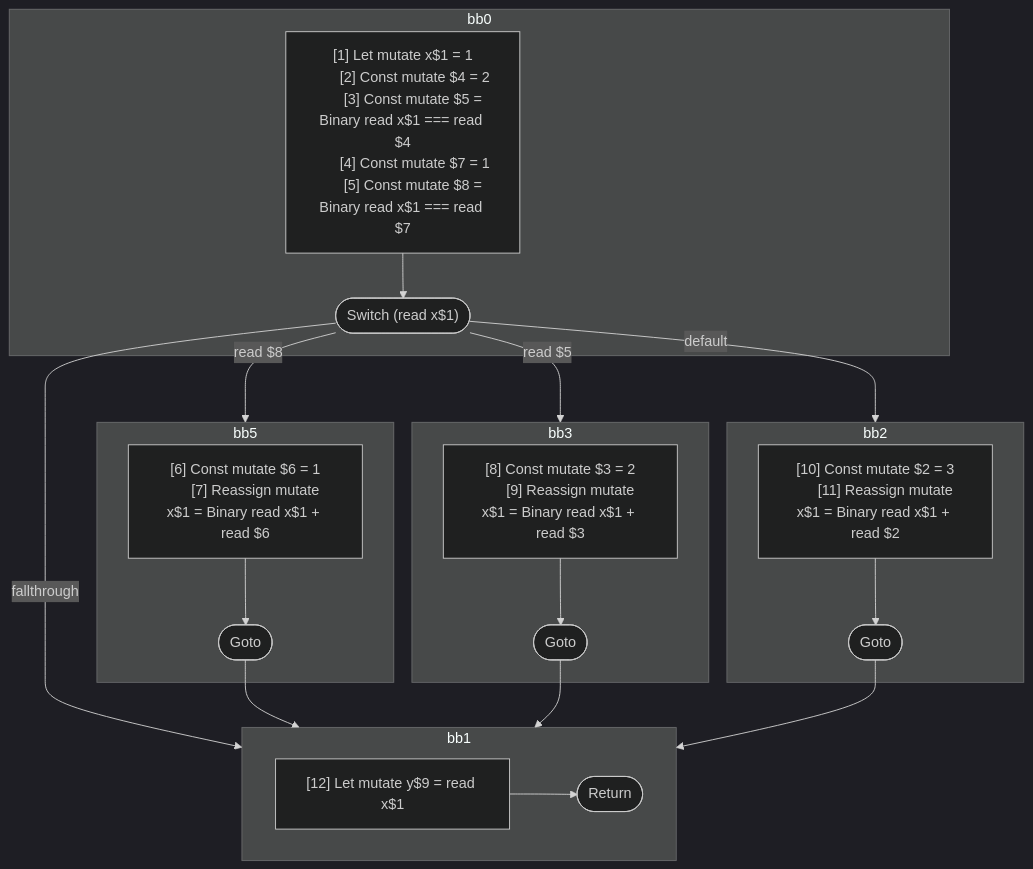
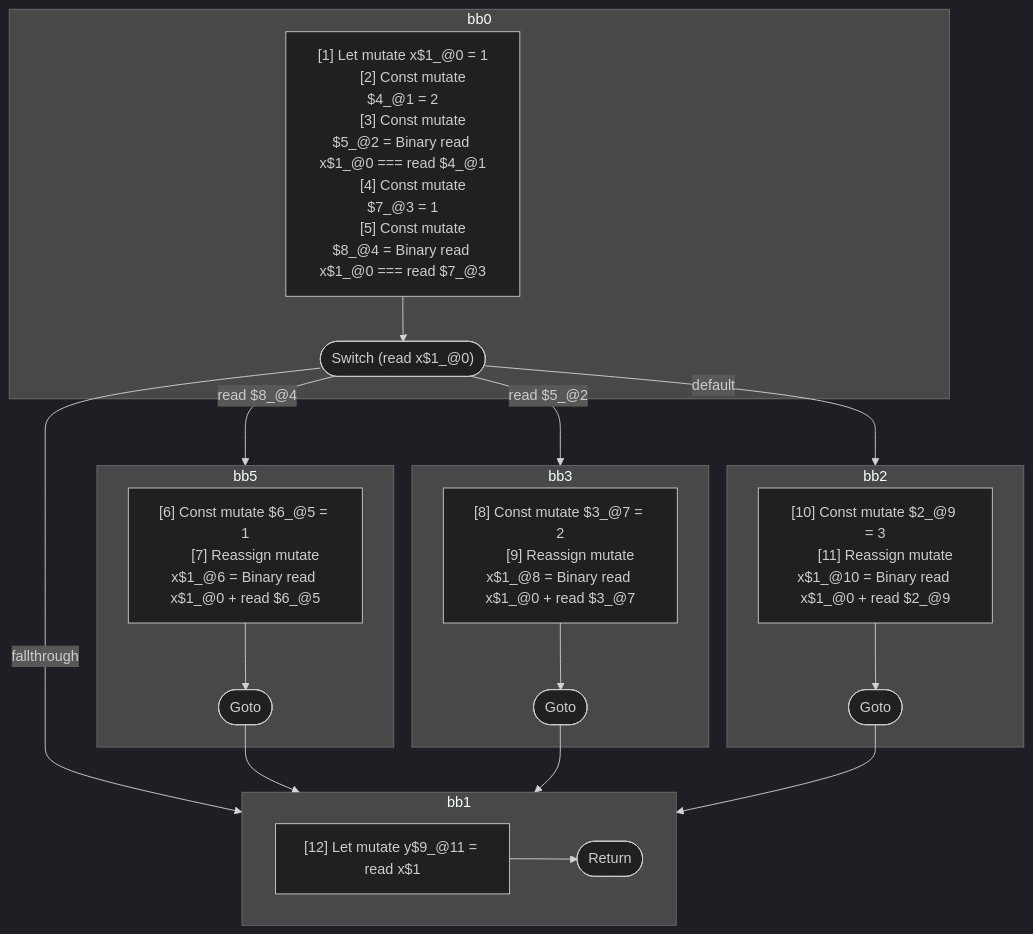
One commit to wutsmog/private changed the diagram in compiler/forget/src/__tests__/fixtures/hir/ssa-switch.expect.md. Above: the diagram before and after it, drawn with Mermaid (dark theme). The commit also changed other lines of this file and 60 other files, not shown here.

````diff
--- a/compiler/forget/src/__tests__/fixtures/hir/ssa-switch.expect.md
+++ b/compiler/forget/src/__tests__/fixtures/hir/ssa-switch.expect.md
@@ -63,51 +63,51 @@
 ```mermaid
 flowchart TB
   %% Basic Blocks
   subgraph bb0
     bb0_instrs["
-      [1] Let mutate x$1 = 1
-      [2] Const mutate $4 = 2
-      [3] Const mutate $5 = Binary read x$1 === read $4
-      [4] Const mutate $7 = 1
-      [5] Const mutate $8 = Binary read x$1 === read $7
+      [1] Let mutate x$1_@0 = 1
+      [2] Const mutate $4_@1 = 2
+      [3] Const mutate $5_@2 = Binary read x$1_@0 === read $4_@1
+      [4] Const mutate $7_@3 = 1
+      [5] Const mutate $8_@4 = Binary read x$1_@0 === read $7_@3
     "]
-    bb0_instrs --> bb0_terminal(["Switch (read x$1)"])
+    bb0_instrs --> bb0_terminal(["Switch (read x$1_@0)"])
   end
   subgraph bb5
     bb5_instrs["
-      [6] Const mutate $6 = 1
-      [7] Reassign mutate x$1 = Binary read x$1 + read $6
+      [6] Const mutate $6_@5 = 1
+      [7] Reassign mutate x$1_@6 = Binary read x$1_@0 + read $6_@5
     "]
     bb5_instrs --> bb5_terminal(["Goto"])
   end
   subgraph bb3
     bb3_instrs["
-      [8] Const mutate $3 = 2
-      [9] Reassign mutate x$1 = Binary read x$1 + read $3
+      [8] Const mutate $3_@7 = 2
+      [9] Reassign mutate x$1_@8 = Binary read x$1_@0 + read $3_@7
     "]
     bb3_instrs --> bb3_terminal(["Goto"])
   end
   subgraph bb2
     bb2_instrs["
-      [10] Const mutate $2 = 3
-      [11] Reassign mutate x$1 = Binary read x$1 + read $2
+      [10] Const mutate $2_@9 = 3
+      [11] Reassign mutate x$1_@10 = Binary read x$1_@0 + read $2_@9
     "]
     bb2_instrs --> bb2_terminal(["Goto"])
   end
   subgraph bb1
     bb1_instrs["
-      [12] Let mutate y$9 = read x$1
+      [12] Let mutate y$9_@11 = read x$1
     "]
     bb1_instrs --> bb1_terminal(["Return"])
   end
 
   %% Jumps
-  bb0_terminal -- read $8 --> bb5
-  bb0_terminal -- read $5 --> bb3
+  bb0_terminal -- read $8_@4 --> bb5
+  bb0_terminal -- read $5_@2 --> bb3
   bb0_terminal -- default --> bb2
   bb0_terminal -- fallthrough --> bb1
   bb5_terminal --> bb1
   bb3_terminal --> bb1
   bb2_terminal --> bb1
 
 ```
````
